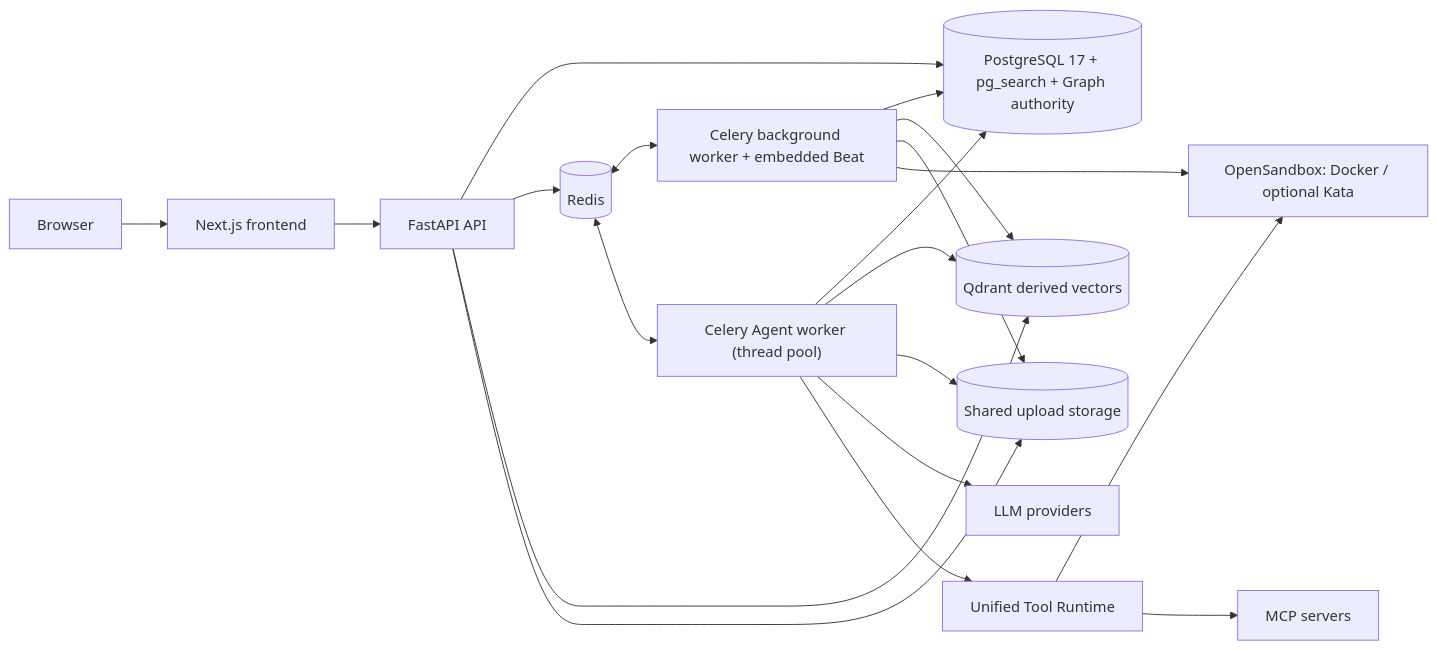
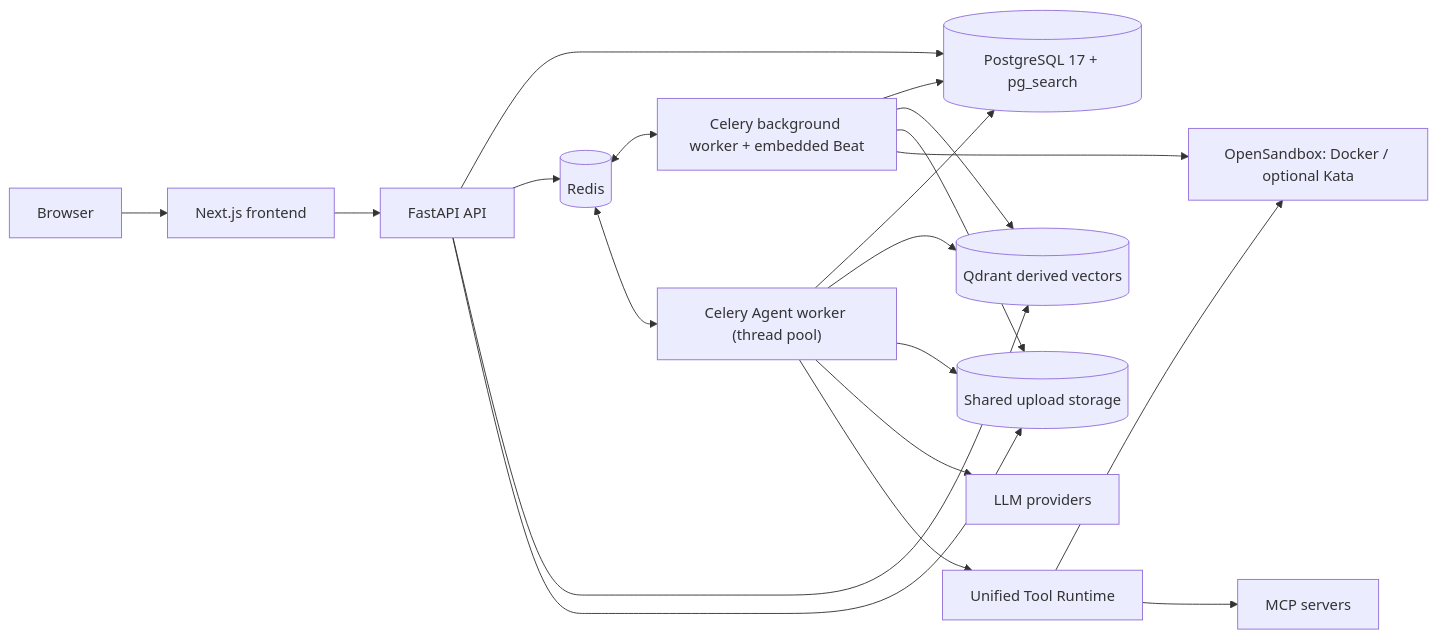
Before and after one commit to IQZZ020501/NexaFlow: the diagram in README.md, drawn with Mermaid. The commit also changed other lines of this file and 132 other files, not shown here.

Commit message:
refactor(knowledge)!: remove knowledge graph features

````diff
--- a/README.md
+++ b/README.md
@@ -46,22 +46,22 @@
 ```mermaid
 flowchart LR
     Browser[Browser] --> Web[Next.js frontend]
     Web --> API[FastAPI API]
-    API --> DB[("PostgreSQL 17 + pg_search + Graph authority")]
+    API --> DB[("PostgreSQL 17 + pg_search")]
     API --> Redis[(Redis)]
     API --> Qdrant[("Qdrant derived vectors")]
     API --> Storage[("Shared upload storage")]
     Redis <--> Worker["Celery background worker + embedded Beat"]
     Redis <--> AgentWorker["Celery Agent worker (thread pool)"]
     Worker --> DB
     Worker --> Qdrant
     Worker --> Storage
     Worker --> Sandbox[OpenSandbox: Docker / optional Kata]
     AgentWorker --> DB
     AgentWorker --> Qdrant
     AgentWorker --> Storage
     AgentWorker --> Models[LLM providers]
     AgentWorker --> ToolRuntime[Unified Tool Runtime]
     ToolRuntime --> Sandbox
     ToolRuntime --> MCP[MCP servers]
 ```
````
